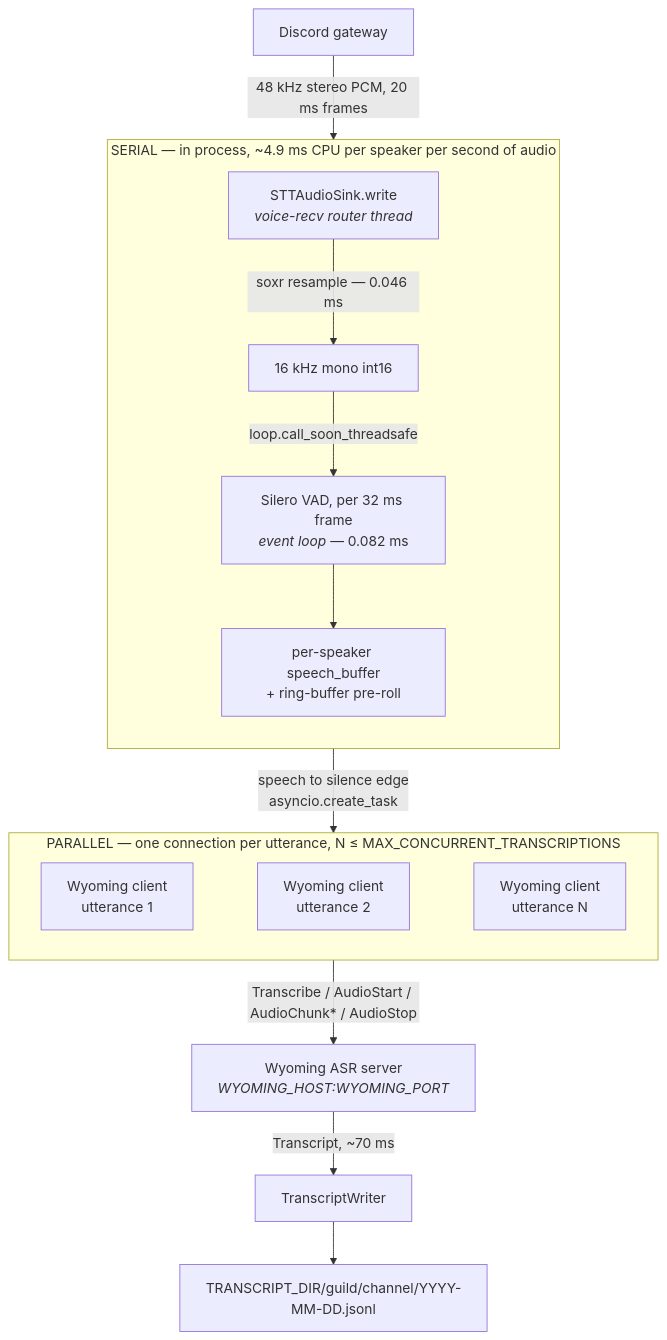
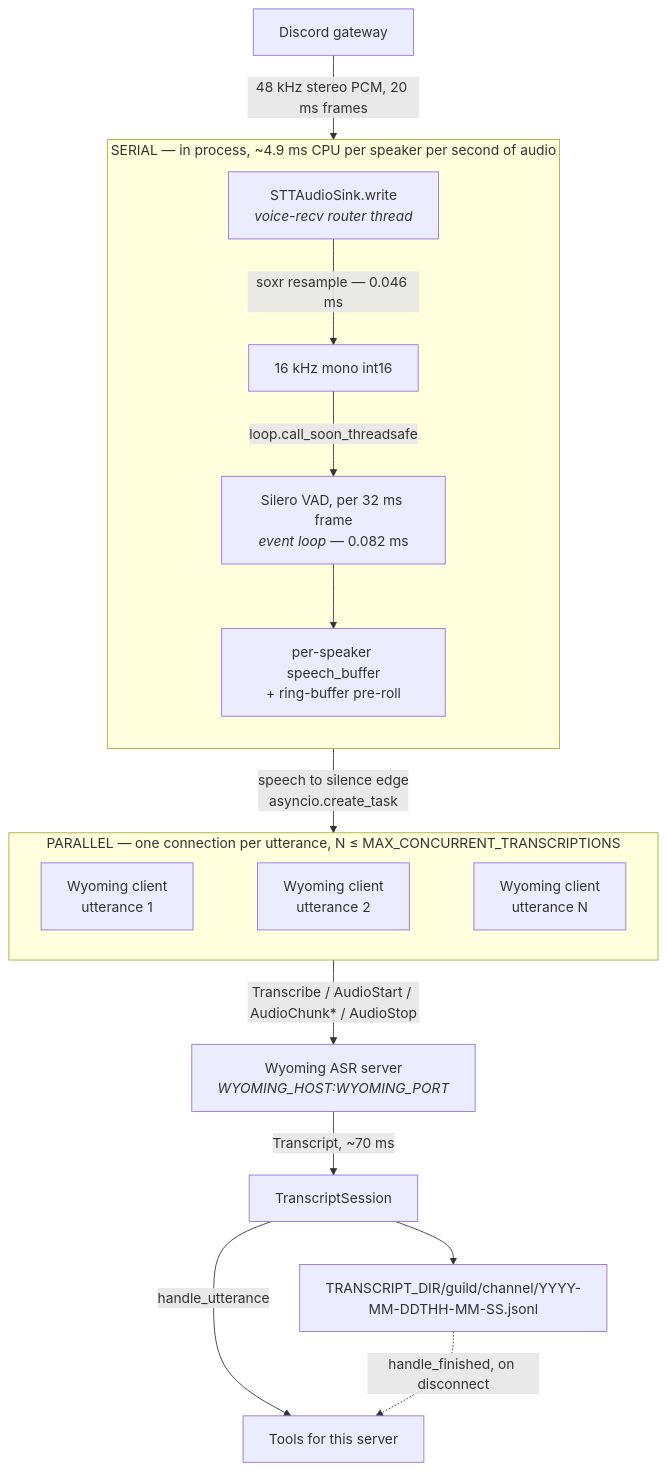
One commit to arychj/miss-quote changed the diagram in README.md. Above: the diagram before and after it, drawn with Mermaid. The commit also changed other lines of this file and 17 other files, not shown here.

First line of the commit message:
Add a tools framework and elect servers into it per server

````diff
--- a/README.md
+++ b/README.md
@@ -20,27 +20,29 @@
 ```mermaid
 graph TD
     A["Discord gateway"] -->|"48 kHz stereo PCM, 20 ms frames"| B
 
     subgraph LOCAL["SERIAL &mdash; in process, ~4.9 ms CPU per speaker per second of audio"]
         direction TB
         B["STTAudioSink.write<br/><i>voice-recv router thread</i>"]
         B -->|"soxr resample &mdash; 0.046 ms"| C["16 kHz mono int16"]
         C -->|"loop.call_soon_threadsafe"| D["Silero VAD, per 32 ms frame<br/><i>event loop</i> &mdash; 0.082 ms"]
         D --> E["per-speaker speech_buffer<br/>+ ring-buffer pre-roll"]
     end
 
     E -->|"speech to silence edge<br/>asyncio.create_task"| REMOTE
 
     subgraph REMOTE["PARALLEL &mdash; one connection per utterance, N &le; MAX_CONCURRENT_TRANSCRIPTIONS"]
         direction LR
         F["Wyoming client<br/>utterance 1"]
         G["Wyoming client<br/>utterance 2"]
         H["Wyoming client<br/>utterance N"]
         F ~~~ G ~~~ H
     end
 
     REMOTE -->|"Transcribe / AudioStart / AudioChunk* / AudioStop"| I
 
-    I["Wyoming ASR server<br/><i>WYOMING_HOST:WYOMING_PORT</i>"] -->|"Transcript, ~70 ms"| J["TranscriptWriter"]
-    J --> K["TRANSCRIPT_DIR/guild/channel/YYYY-MM-DD.jsonl"]
+    I["Wyoming ASR server<br/><i>WYOMING_HOST:WYOMING_PORT</i>"] -->|"Transcript, ~70 ms"| J["TranscriptSession"]
+    J --> K["TRANSCRIPT_DIR/guild/channel/YYYY-MM-DDTHH-MM-SS.jsonl"]
+    J -->|"handle_utterance"| L["Tools for this server"]
+    K -.->|"handle_finished, on disconnect"| L
 ```
````
